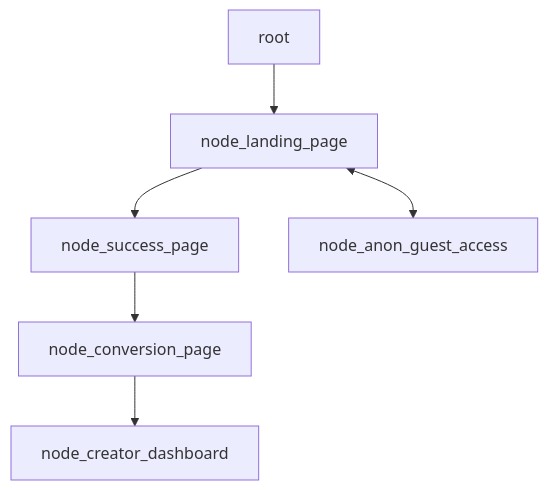
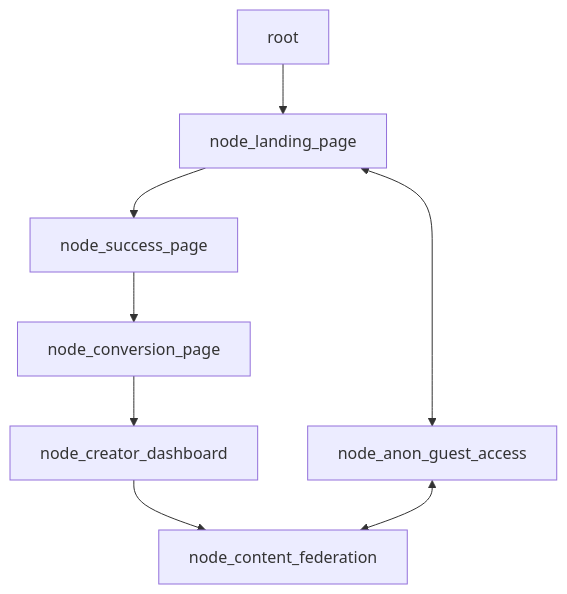
Before and after one commit to WrappedUsername/apexmite-jac: the first of 2 diagrams in README.md, drawn with Mermaid.

````diff
--- a/README.md
+++ b/README.md
@@ -12,8 +12,10 @@
 ```mermaid
 graph TD;
     root-->node_landing_page
     node_landing_page-->node_success_page
     node_landing_page<-->node_anon_guest_access
     node_success_page-->node_conversion_page
     node_conversion_page-->node_creator_dashboard
+    node_creator_dashboard-->node_content_federation
+    node_anon_guest_access<-->node_content_federation
 ```
````
